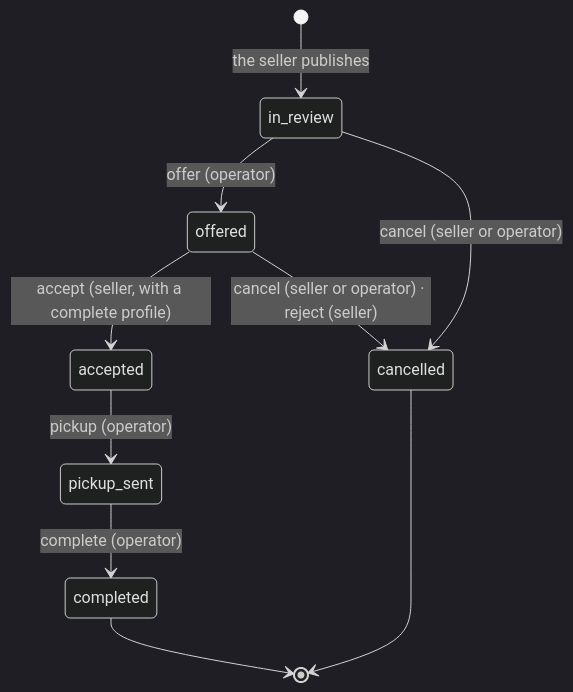
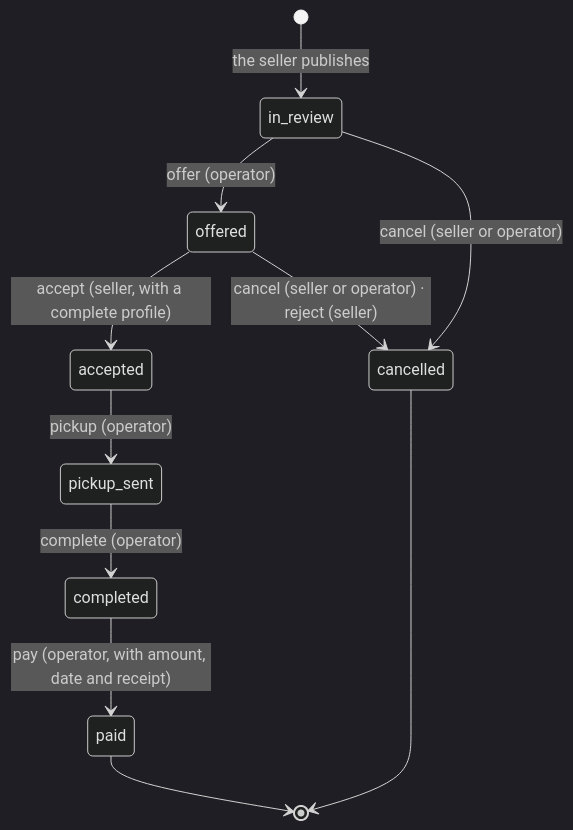
Before and after one commit to soyandresdev/trueke: the second of 2 diagrams in docs/architecture.md, drawn with Mermaid (dark theme). The commit also changed 34 other files, not shown here.

````diff
--- a/docs/architecture.md
+++ b/docs/architecture.md
@@ -41,12 +41,13 @@
 ```mermaid
 stateDiagram-v2
   [*] --> in_review: the seller publishes
   in_review --> offered: offer (operator)
   offered --> accepted: accept (seller, with a complete profile)
   accepted --> pickup_sent: pickup (operator)
   pickup_sent --> completed: complete (operator)
+  completed --> paid: pay (operator, with amount, date and receipt)
   in_review --> cancelled: cancel (seller or operator)
   offered --> cancelled: cancel (seller or operator) · reject (seller)
-  completed --> [*]
+  paid --> [*]
   cancelled --> [*]
 ```
````
